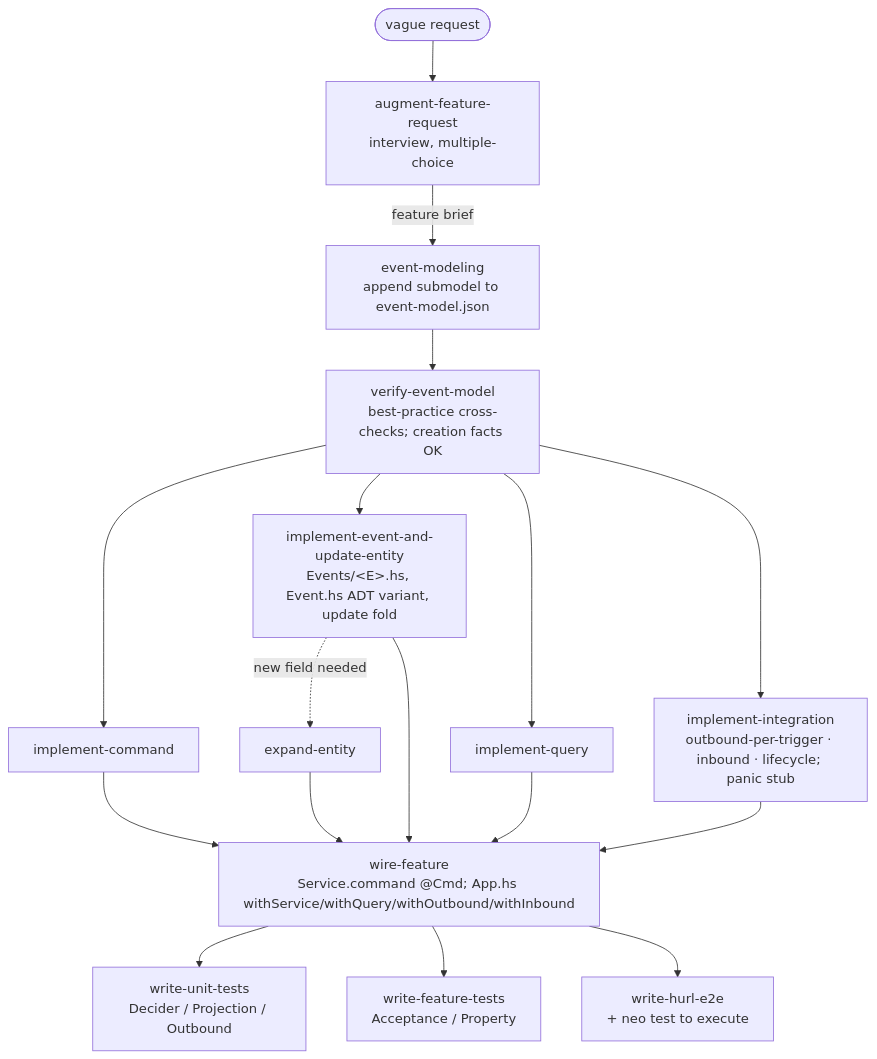
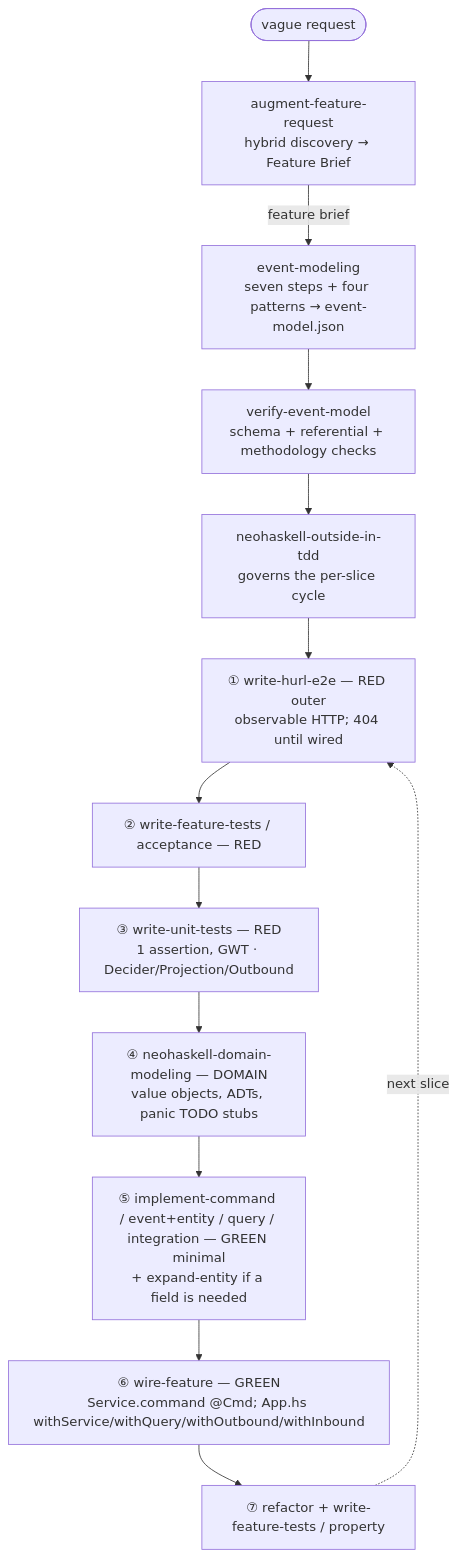
The diagram in BLUEPRINT.md (neohaskell/skills), drawn with Mermaid before and after one commit. The commit also changed other lines of this file and 2 other files, not shown here.

First line of the commit message:
docs: flip pipeline to outside-in TDD; add tdd + domain-modeling skills

````diff
--- a/BLUEPRINT.md
+++ b/BLUEPRINT.md
@@ -233,19 +236,15 @@
 ```mermaid
 flowchart TD
-    R(["vague request"]) --> A["augment-feature-request<br/>interview, multiple-choice"]
-    A -->|feature brief| M["event-modeling<br/>append submodel to event-model.json"]
-    M --> V["verify-event-model<br/>best-practice cross-checks; creation facts OK"]
-    V --> IC["implement-command"]
-    V --> IE["implement-event-and-update-entity<br/>Events/&lt;E&gt;.hs, Event.hs ADT variant, update fold"]
-    V --> IQ["implement-query"]
-    V --> II["implement-integration<br/>outbound-per-trigger · inbound · lifecycle; panic stub"]
-    IE -.->|new field needed| EX["expand-entity"]
-    IC --> W["wire-feature<br/>Service.command @Cmd; App.hs withService/withQuery/withOutbound/withInbound"]
-    IE --> W
-    IQ --> W
-    II --> W
-    EX --> W
-    W --> UT["write-unit-tests<br/>Decider / Projection / Outbound"]
-    W --> FT["write-feature-tests<br/>Acceptance / Property"]
-    W --> HE["write-hurl-e2e<br/>+ neo test to execute"]
+    R(["vague request"]) --> A["augment-feature-request<br/>hybrid discovery → Feature Brief"]
+    A -->|feature brief| M["event-modeling<br/>seven steps + four patterns → event-model.json"]
+    M --> V["verify-event-model<br/>schema + referential + methodology checks"]
+    V --> OIT["neohaskell-outside-in-tdd<br/>governs the per-slice cycle"]
+    OIT --> HE["① write-hurl-e2e — RED outer<br/>observable HTTP; 404 until wired"]
+    HE --> FT["② write-feature-tests / acceptance — RED"]
+    FT --> UT["③ write-unit-tests — RED<br/>1 assertion, GWT · Decider/Projection/Outbound"]
+    UT --> DM["④ neohaskell-domain-modeling — DOMAIN<br/>value objects, ADTs, panic TODO stubs"]
+    DM --> IMPL["⑤ implement-command / event+entity / query / integration — GREEN minimal<br/>+ expand-entity if a field is needed"]
+    IMPL --> W["⑥ wire-feature — GREEN<br/>Service.command @Cmd; App.hs withService/withQuery/withOutbound/withInbound"]
+    W --> RF["⑦ refactor + write-feature-tests / property"]
+    RF -.->|next slice| HE
 ```
````
